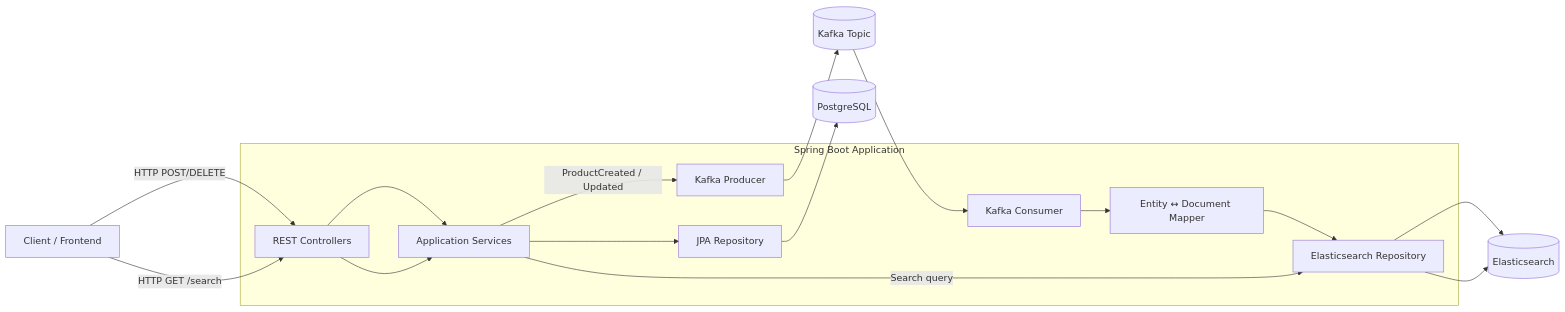
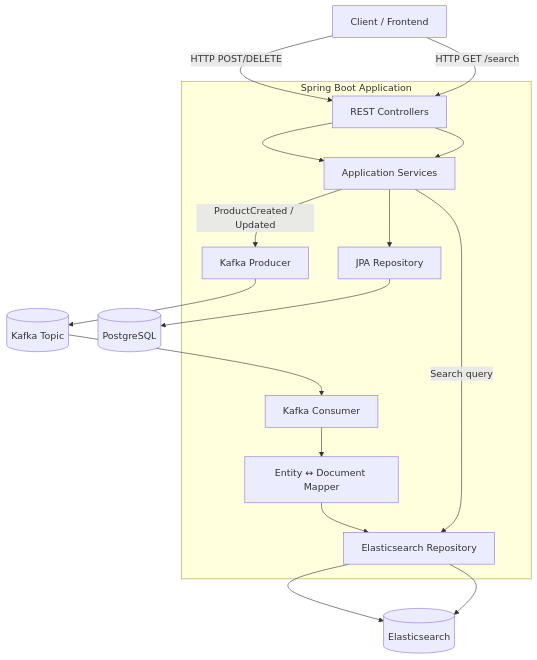
The diagram in README.md (renatompf/poc_spring_elasticsearch), drawn with Mermaid before and after one commit.

Commit message:
change graph orientation

````diff
--- a/README.md
+++ b/README.md
@@ -32,41 +32,41 @@
 ```mermaid
-graph LR
+graph TD
     %% Client
     Client[Client / Frontend]
 
     %% Application
     subgraph SpringBootApp["Spring Boot Application"]
         API[REST Controllers]
         Service[Application Services]
         JPARepo[JPA Repository]
         ESRepo[Elasticsearch Repository]
         Producer[Kafka Producer]
         Consumer[Kafka Consumer]
         Mapper[Entity ↔ Document Mapper]
     end
 
     %% Datastores
     Postgres[(PostgreSQL)]
     Elasticsearch[(Elasticsearch)]
     Kafka[(Kafka Topic)]
 
     %% Write flow
     Client -->|HTTP POST/DELETE| API
     API --> Service
     Service --> JPARepo
     JPARepo --> Postgres
 
     %% Async sync flow
     Service -->|ProductCreated / Updated| Producer
     Producer --> Kafka
     Kafka --> Consumer
     Consumer --> Mapper
     Mapper --> ESRepo
     ESRepo --> Elasticsearch
 
     %% Read flow
     Client -->|HTTP GET /search| API
     API --> Service
     Service -->|Search query| ESRepo
     ESRepo --> Elasticsearch
 ```
````
